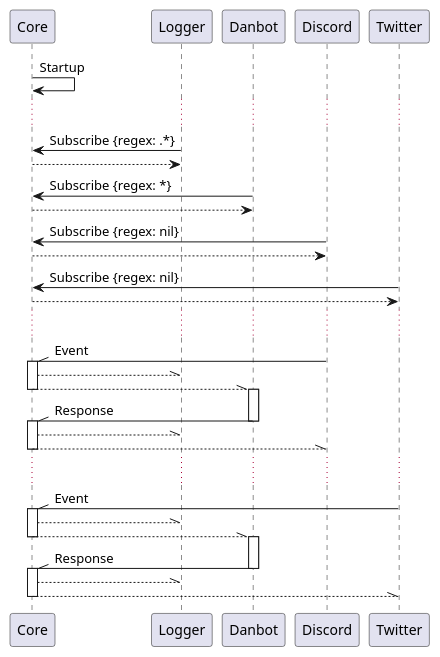
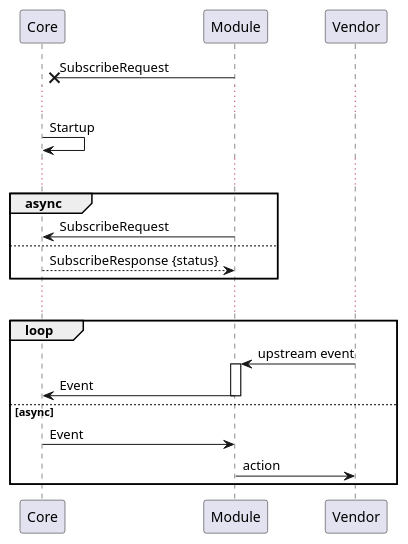
Before and after one commit to dan9186/control-api: the diagram in docs/diagrams/module_core.puml, drawn with PlantUML. The commit also changed 1 other file, not shown here.

Commit message:
update core diagram

```diff
--- a/docs/diagrams/module_core.puml
+++ b/docs/diagrams/module_core.puml
@@ -1,35 +1,29 @@
 @startuml
+participant Core
+participant Module
+participant Vendor
+
+Module -x Core : SubscribeRequest
+
+...
+
 Core -> Core : Startup
 
 ...
 
-Logger -> Core : Subscribe {regex: .*}
-Core --> Logger
-
-Danbot -> Core : Subscribe {regex: *}
-Core --> Danbot
-
-Discord -> Core : Subscribe {regex: nil}
-Core --> Discord
-
-Twitter -> Core : Subscribe {regex: nil}
-Core --> Twitter
+group async
+Module -> Core : SubscribeRequest
+else
+Core --> Module : SubscribeResponse {status}
+end
 
 ...
 
-Discord -\\ Core ++ : Event
-Core --\\ Logger
-Core --\\ Danbot --++
-Danbot -\\ Core --++: Response
-Core --\\ Logger
-Core --\\ Discord --
-
-...
-
-Twitter -\\ Core ++ : Event
-Core --\\ Logger
-Core --\\ Danbot --++
-Danbot -\\ Core --++: Response
-Core --\\ Logger
-Core --\\ Twitter --
+loop
+	Vendor -> Module ++ : upstream event
+	Module -> Core -- : Event
+else async
+    Core -> Module : Event
+    Module -> Vendor : action
+end
 @enduml
```
